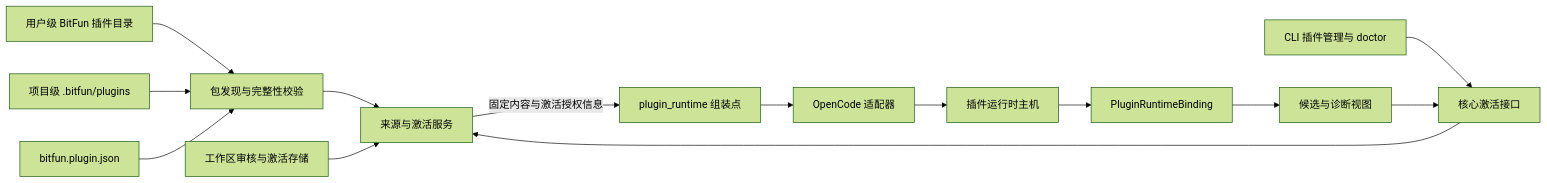
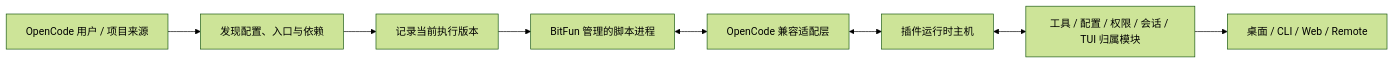
One commit to 1688mengdie/BitFun changed the second of 2 diagrams in docs/architecture/product-architecture.md. Above: the diagram before and after it, drawn with Mermaid (forest theme). The commit also changed other lines of this file and 16 other files, not shown here.

Commit message:
docs(architecture): redesign OpenCode extension compatibility

````diff
--- a/docs/architecture/product-architecture.md
+++ b/docs/architecture/product-architecture.md
@@ -142,16 +154,10 @@
 ```mermaid
 flowchart LR
-  UserRoot["用户级 BitFun 插件目录"] --> Discovery["包发现与完整性校验"]
-  WorkspaceRoot["项目级 .bitfun/plugins"] --> Discovery
-  Manifest["bitfun.plugin.json"] --> Discovery
-  Discovery --> SourceService["来源与激活服务"]
-  State["工作区审核与激活存储"] --> SourceService
-  CLI["CLI 插件管理与 doctor"] --> ProductAPI["核心激活接口"]
-  ProductAPI --> SourceService
-  SourceService -->|固定内容与激活授权信息| Assembly["plugin_runtime 组装点"]
-  Assembly --> Adapter["OpenCode 适配器"]
-  Adapter --> Host["插件运行时主机"]
-  Host --> Binding["PluginRuntimeBinding"]
-  Binding --> CandidateView["候选与诊断视图"]
-  CandidateView --> ProductAPI
+  Source["OpenCode 用户 / 项目来源"] --> Discover["发现配置、入口与依赖"]
+  Discover --> Prepare["记录当前执行版本"]
+  Prepare --> Worker["BitFun 管理的脚本进程"]
+  Worker <--> Adapter["OpenCode 兼容适配层"]
+  Adapter <--> Host["插件运行时主机"]
+  Host <--> Owners["工具 / 配置 / 权限 / 会话 / TUI 归属模块"]
+  Owners --> Surface["桌面 / CLI / Web / Remote"]
 ```
````
